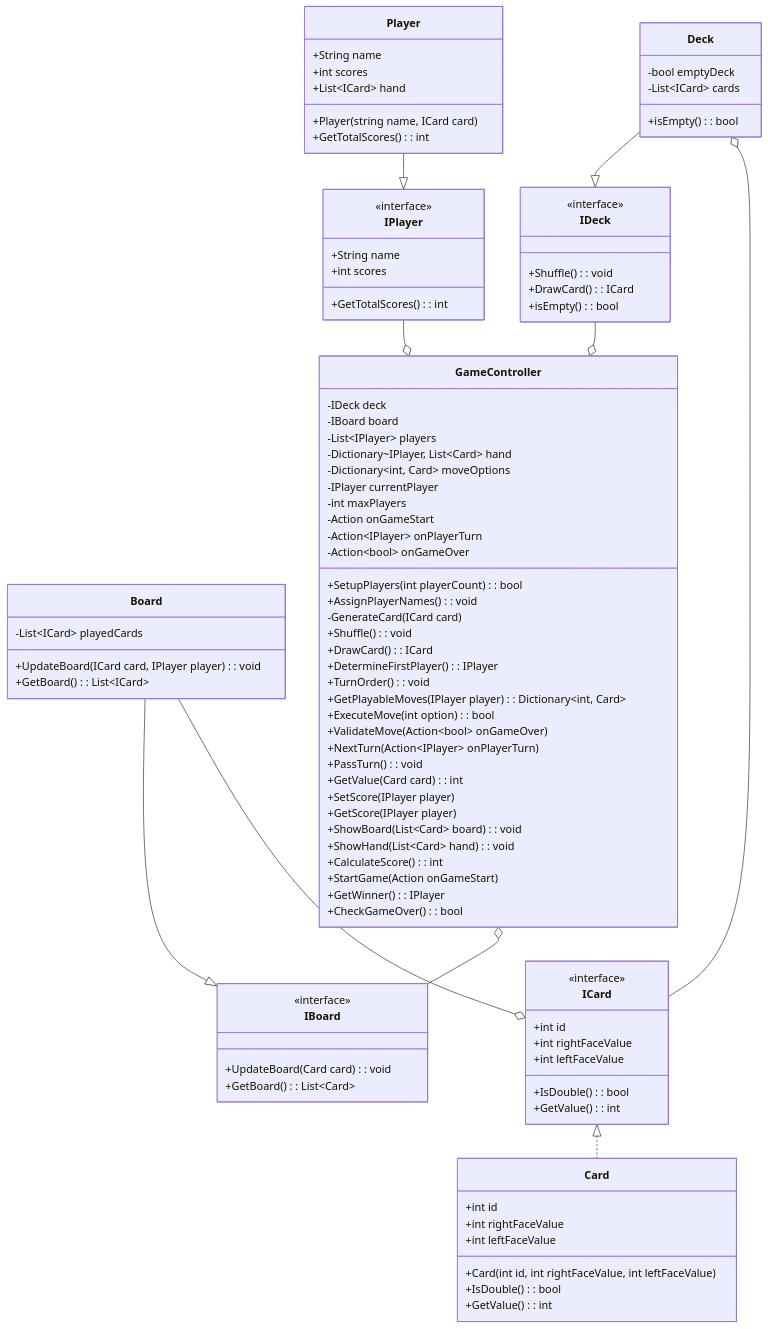
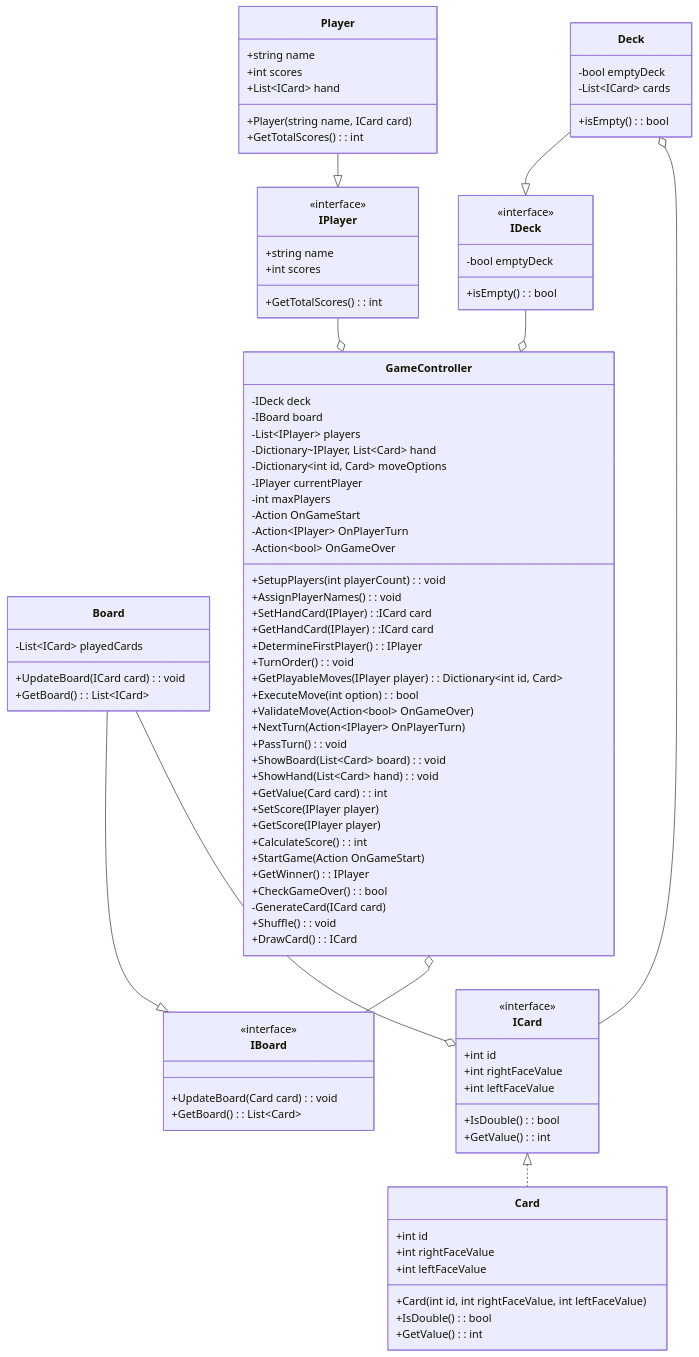
One commit to RavenFajar/bootCamp13 changed the diagram in Day6/DiagramClassProject/Domino.mmd. Above: the diagram before and after it, drawn with Mermaid.

Commit message:
Revisi 1 Jumat Domino.mmd

```diff
--- a/Day6/DiagramClassProject/Domino.mmd
+++ b/Day6/DiagramClassProject/Domino.mmd
@@ -1,94 +1,95 @@
 classDiagram
 class IPlayer{
     <<interface>>
-    +String name
+    +string name
     +int scores
     +GetTotalScores() : int
 }
 class Player{
-    +String name
+    +string name
     +int scores
     +List~ICard~ hand
     +Player(string name, ICard card)
     +GetTotalScores() : int
 }
 class ICard{
     <<interface>>
     +int id
     +int rightFaceValue
     +int leftFaceValue 
     +IsDouble() : bool
     +GetValue() : int
 }
 class IDeck{
     <<interface>>
-    +Shuffle() : void
-    +DrawCard() : ICard
+    -bool emptyDeck
     +isEmpty() : bool
 }
 class IBoard{
     <<interface>>
     +UpdateBoard(Card card) : void
     +GetBoard() : List~Card~
    
 }
 class Deck{
     -bool emptyDeck
     -List~ICard~ cards
     +isEmpty() : bool
 }
 class Board{
     -List~ICard~ playedCards
-    +UpdateBoard(ICard card, IPlayer player) : void
+    +UpdateBoard(ICard card) : void
     +GetBoard() : List~ICard~
 }
 class Card{
     +int id
     +int rightFaceValue
     +int leftFaceValue   
     +Card(int id, int rightFaceValue, int leftFaceValue) 
     +IsDouble() : bool
     +GetValue() : int
 }
 class GameController{
     -IDeck deck
     -IBoard board
     -List~IPlayer~ players
     -Dictionary~IPlayer, List~Card~ hand
-    -Dictionary~int, Card~ moveOptions
+    -Dictionary~int id, Card~ moveOptions
     -IPlayer currentPlayer
     -int maxPlayers
-    -Action onGameStart
-    -Action~IPlayer~ onPlayerTurn
-    -Action~bool~ onGameOver
-    +SetupPlayers(int playerCount) : bool
+    -Action OnGameStart
+    -Action~IPlayer~ OnPlayerTurn
+    -Action~bool~ OnGameOver
+    +SetupPlayers(int playerCount) : void
     +AssignPlayerNames() : void
+    +SetHandCard(IPlayer):ICard card
+    +GetHandCard(IPlayer):ICard card
+    +DetermineFirstPlayer() : IPlayer
+    +TurnOrder() : void
+    +GetPlayableMoves(IPlayer player) : Dictionary~int id, Card~
+    +ExecuteMove(int option) : bool
+    +ValidateMove(Action~bool~ OnGameOver)
+    +NextTurn(Action~IPlayer~ OnPlayerTurn)
+    +PassTurn() : void
+    +ShowBoard(List~Card~ board) : void
+    +ShowHand(List~Card~ hand) : void
+    +GetValue(Card card) : int
+    +SetScore(IPlayer player)
+    +GetScore(IPlayer player)
+    +CalculateScore() : int
+    +StartGame(Action OnGameStart)
+    +GetWinner() : IPlayer
+    +CheckGameOver() : bool
     -GenerateCard(ICard card)
     +Shuffle() : void
     +DrawCard() : ICard
-    +DetermineFirstPlayer() : IPlayer
-    +TurnOrder() : void
-    +GetPlayableMoves(IPlayer player) : Dictionary~int, Card~
-    +ExecuteMove(int option) : bool
-    +ValidateMove(Action~bool~ onGameOver)
-    +NextTurn(Action~IPlayer~ onPlayerTurn)
-    +PassTurn() : void
-    +GetValue(Card card) : int
-    +SetScore(IPlayer player)
-    +GetScore(IPlayer player)
-    +ShowBoard(List~Card~ board) : void
-    +ShowHand(List~Card~ hand) : void
-    +CalculateScore() : int
-    +StartGame(Action onGameStart)
-    +GetWinner() : IPlayer
-    +CheckGameOver() : bool
 }
 IPlayer --o GameController 
 IDeck --o GameController
 GameController o-- IBoard
 Deck --|> IDeck 
 Board --|> IBoard 
 Player --|> IPlayer 
 Deck o-- ICard
 Board --o ICard
 ICard <|.. Card 
```
